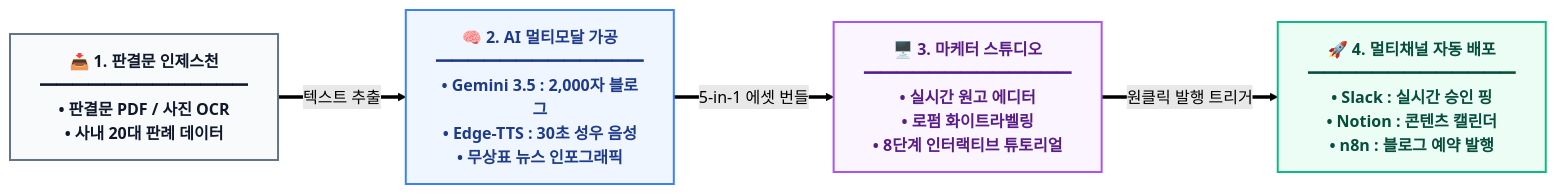
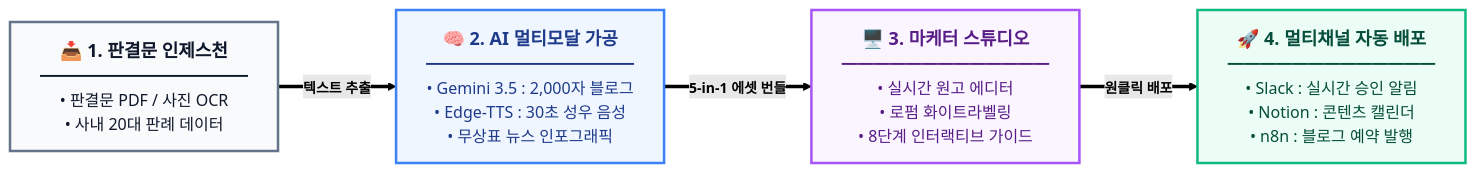
Before and after one commit to gahz8212/law-marketing: the first of 2 diagrams in PORTFOLIO.md, drawn with Mermaid (forest theme). The commit also changed other lines of this file and 2 other files, not shown here.

Commit message:
style: 아키텍처 다이어그램 및 시퀀스 도식 폰트 크기 확대 적용

````diff
--- a/PORTFOLIO.md
+++ b/PORTFOLIO.md
@@ -53,19 +53,19 @@
 ```mermaid
 graph LR
-    classDef input fill:#F8FAFC,stroke:#64748B,stroke-width:2px,color:#0F172A,font-weight:bold;
-    classDef ai fill:#EFF6FF,stroke:#3B82F6,stroke-width:2px,color:#1E3A8A,font-weight:bold;
-    classDef ui fill:#FAF5FF,stroke:#A855F7,stroke-width:2px,color:#581C87,font-weight:bold;
-    classDef deploy fill:#ECFDF5,stroke:#10B981,stroke-width:2px,color:#064E3B,font-weight:bold;
+    classDef input fill:#F8FAFC,stroke:#64748B,stroke-width:2.5px,color:#0F172A,font-size:16px;
+    classDef ai fill:#EFF6FF,stroke:#3B82F6,stroke-width:2.5px,color:#1E3A8A,font-size:16px;
+    classDef ui fill:#FAF5FF,stroke:#A855F7,stroke-width:2.5px,color:#581C87,font-size:16px;
+    classDef deploy fill:#ECFDF5,stroke:#10B981,stroke-width:2.5px,color:#064E3B,font-size:16px;
 
-    A["📥 1. 판결문 인제스천<br/>━━━━━━━━━━━━━<br/>• 판결문 PDF / 사진 OCR<br/>• 사내 20대 판례 데이터"]:::input
+    A["<b style='font-size:18px;'>📥 1. 판결문 인제스천</b><br/>━━━━━━━━━━━━━<br/><span style='font-size:15px;'>• 판결문 PDF / 사진 OCR<br/>• 사내 20대 판례 데이터</span>"]:::input
     
-    B["🧠 2. AI 멀티모달 가공<br/>━━━━━━━━━━━━━<br/>• Gemini 3.5 : 2,000자 블로그<br/>• Edge-TTS : 30초 성우 음성<br/>• 무상표 뉴스 인포그래픽"]:::ai
+    B["<b style='font-size:18px;'>🧠 2. AI 멀티모달 가공</b><br/>━━━━━━━━━━━━━<br/><span style='font-size:15px;'>• Gemini 3.5 : 2,000자 블로그<br/>• Edge-TTS : 30초 성우 음성<br/>• 무상표 뉴스 인포그래픽</span>"]:::ai
     
-    C["🖥️ 3. 마케터 스튜디오<br/>━━━━━━━━━━━━━<br/>• 실시간 원고 에디터<br/>• 로펌 화이트라벨링<br/>• 8단계 인터랙티브 튜토리얼"]:::ui
+    C["<b style='font-size:18px;'>🖥️ 3. 마케터 스튜디오</b><br/>━━━━━━━━━━━━━<br/><span style='font-size:15px;'>• 실시간 원고 에디터<br/>• 로펌 화이트라벨링<br/>• 8단계 인터랙티브 가이드</span>"]:::ui
     
-    D["🚀 4. 멀티채널 자동 배포<br/>━━━━━━━━━━━━━<br/>• Slack : 실시간 승인 핑<br/>• Notion : 콘텐츠 캘린더<br/>• n8n : 블로그 예약 발행"]:::deploy
+    D["<b style='font-size:18px;'>🚀 4. 멀티채널 자동 배포</b><br/>━━━━━━━━━━━━━<br/><span style='font-size:15px;'>• Slack : 실시간 승인 알림<br/>• Notion : 콘텐츠 캘린더<br/>• n8n : 블로그 예약 발행</span>"]:::deploy
 
-    A ==>|텍스트 추출| B
-    B ==>|5-in-1 에셋 번들| C
-    C ==>|원클릭 발행 트리거| D
+    A ==>|<b style='font-size:14px;'>텍스트 추출</b>| B
+    B ==>|<b style='font-size:14px;'>5-in-1 에셋 번들</b>| C
+    C ==>|<b style='font-size:14px;'>원클릭 배포</b>| D
 ```
````
